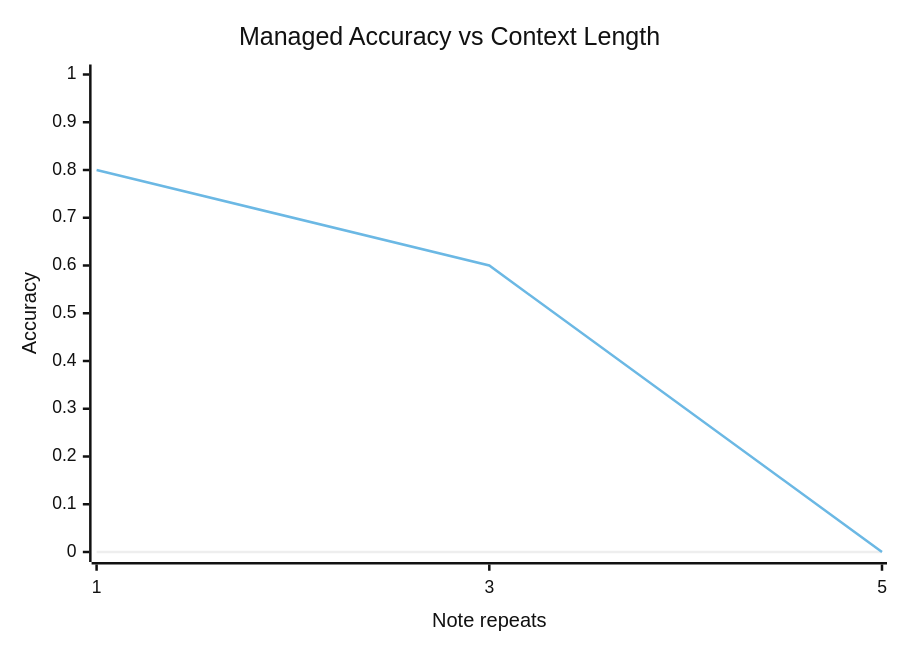
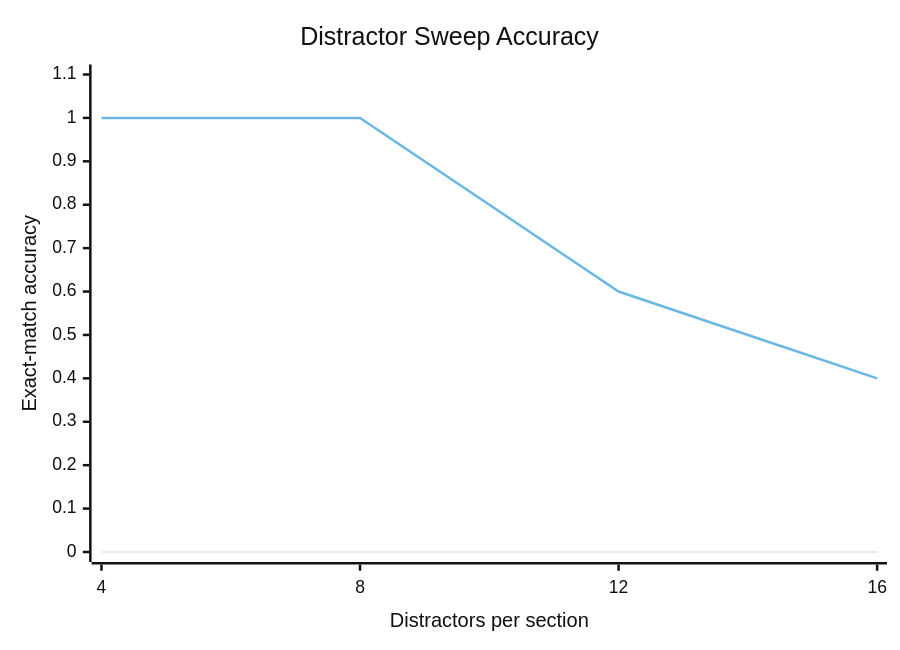
The fourth of 5 diagrams in README.md (dylanler/latent-planning), drawn with Mermaid (neutral theme) before and after one commit. The commit also changed other lines of this file and 7 other files, not shown here.

````diff
--- a/README.md
+++ b/README.md
@@ -134,8 +160,8 @@
 ```mermaid
 xychart-beta
-    title "Managed Accuracy vs Context Length"
-    x-axis "Note repeats" [1, 3, 5]
-    y-axis "Accuracy" 0 --> 1.0
-    line "Baseline" [0.00, 0.00, 0.00]
-    line "Managed" [0.80, 0.60, 0.00]
+    title "Distractor Sweep Accuracy"
+    x-axis "Distractors per section" [4, 8, 12, 16]
+    y-axis "Exact-match accuracy" 0 --> 1.1
+    line "Baseline" [0.00, 0.00, 0.00, 0.00]
+    line "Flat managed" [1.00, 1.00, 0.60, 0.40]
 ```
````
